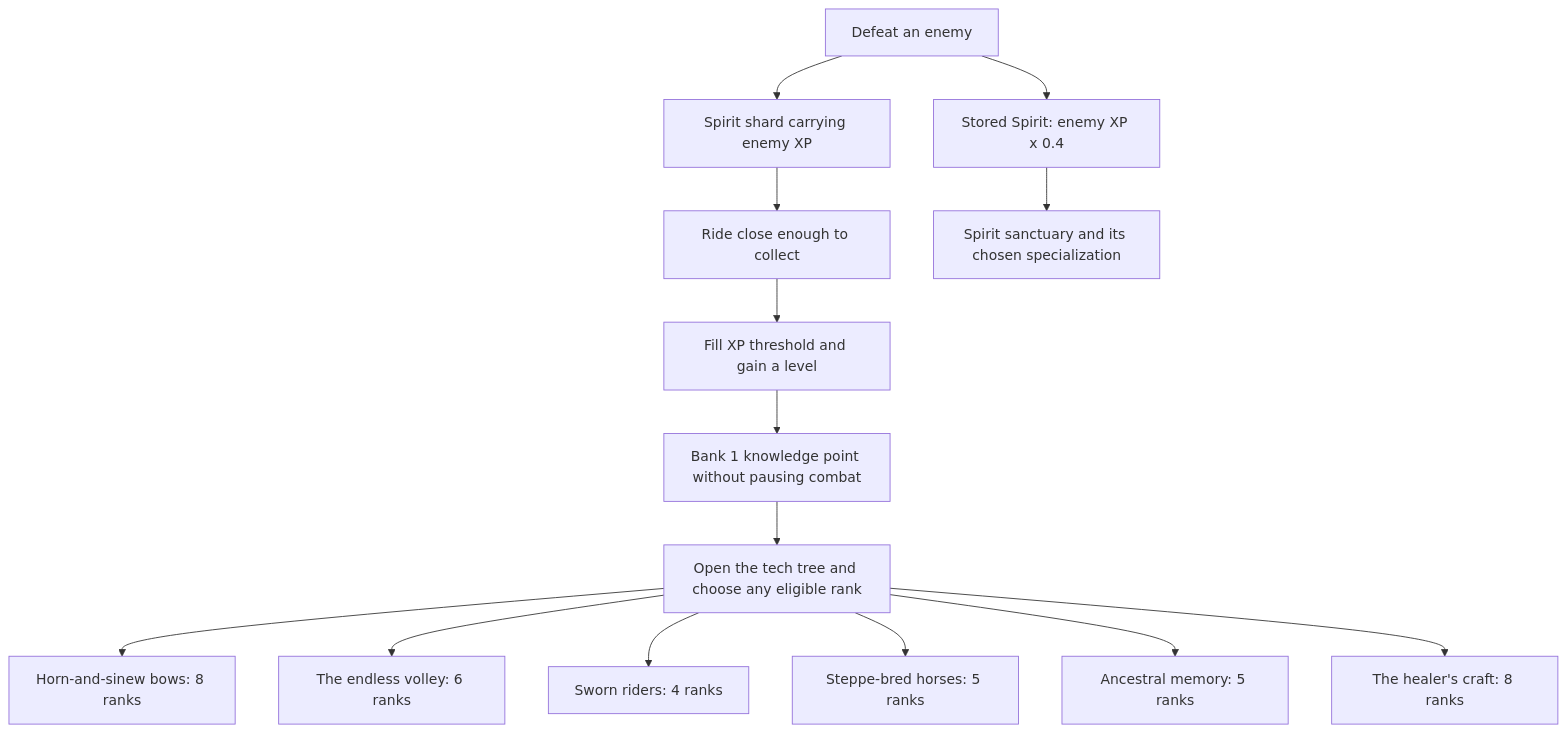
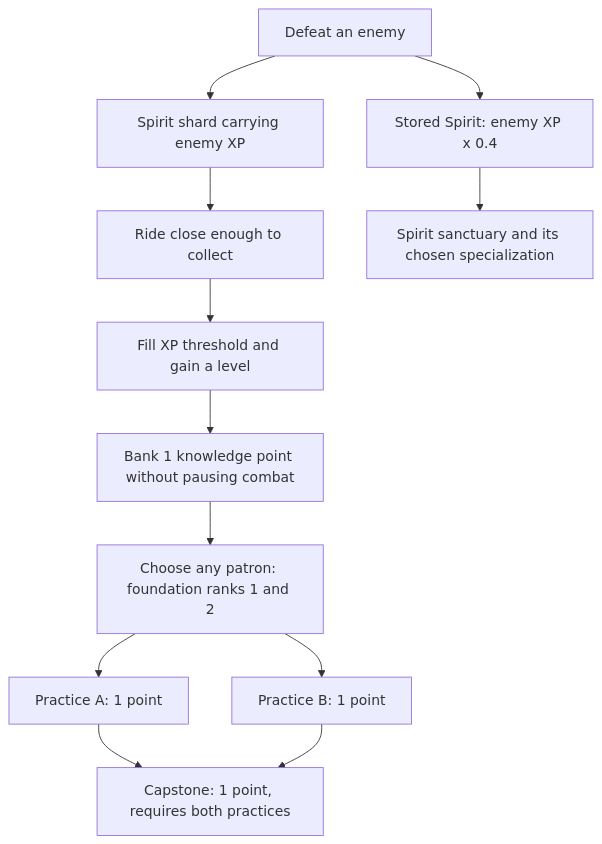
Before and after one commit to llee05/hordes-of-the-fallen-sky: the first of 2 diagrams in docs/game-mechanics.md, drawn with Mermaid. The commit also changed other lines of this file and 26 other files, not shown here.

````diff
--- a/docs/game-mechanics.md
+++ b/docs/game-mechanics.md
@@ -73,16 +74,14 @@
 ```mermaid
 flowchart TD
     Enemy[Defeat an enemy] --> Shard[Spirit shard carrying enemy XP]
     Enemy --> Spirit[Stored Spirit: enemy XP x 0.4]
     Shard --> Collect[Ride close enough to collect]
     Collect --> Level[Fill XP threshold and gain a level]
     Level --> Points[Bank 1 knowledge point without pausing combat]
-    Points --> Choice[Open the tech tree and choose any eligible rank]
-    Choice --> Power[Horn-and-sinew bows: 8 ranks]
-    Choice --> Haste[The endless volley: 6 ranks]
-    Choice --> Riders[Sworn riders: 4 ranks]
-    Choice --> Speed[Steppe-bred horses: 5 ranks]
-    Choice --> Pickup[Ancestral memory: 5 ranks]
-    Choice --> Health[The healer's craft: 8 ranks]
+    Points --> Foundation[Choose any patron: foundation ranks 1 and 2]
+    Foundation --> A[Practice A: 1 point]
+    Foundation --> B[Practice B: 1 point]
+    A --> Capstone[Capstone: 1 point, requires both practices]
+    B --> Capstone
     Spirit --> Sanctuary[Spirit sanctuary and its chosen specialization]
 ```
````
